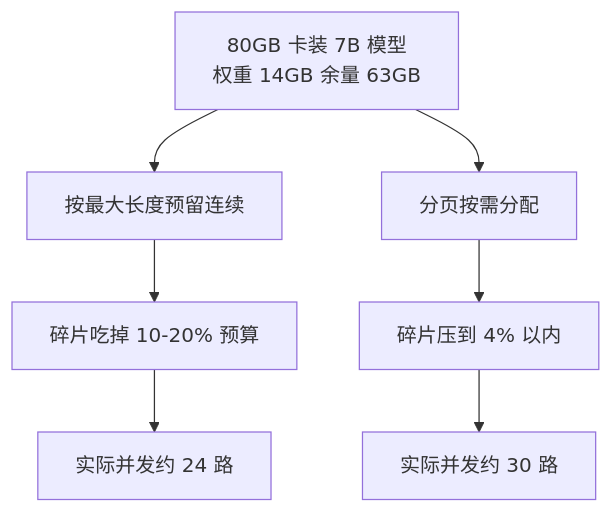
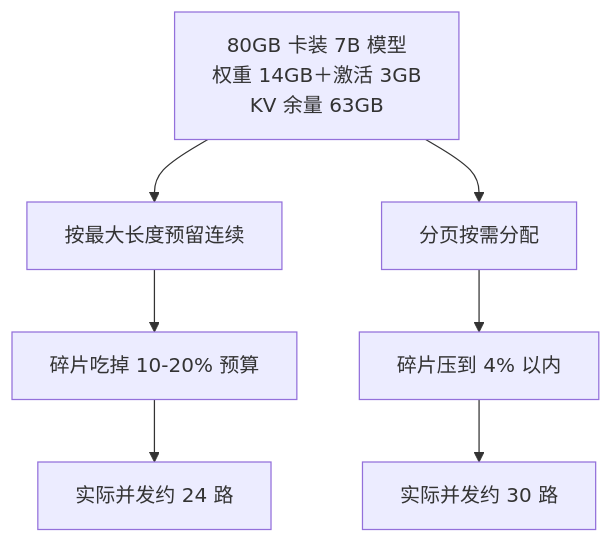
One commit to hub138/technical-knowledge changed the diagram in vault/工程知识/AI 系统工程：从模型能力到生产能力/推理服务与平台/GPU显存管理决定服务容量上限.md. Above: the diagram before and after it, drawn with Mermaid. The commit also changed other lines of this file and 622 other files, not shown here.

````diff
--- a/vault/工程知识/AI 系统工程：从模型能力到生产能力/推理服务与平台/GPU显存管理决定服务容量上限.md
+++ b/vault/工程知识/AI 系统工程：从模型能力到生产能力/推理服务与平台/GPU显存管理决定服务容量上限.md
@@ -43,9 +84,9 @@
 ```mermaid
 graph TD
-    M[80GB 卡装 7B 模型<br/>权重 14GB 余量 63GB] --> R[按最大长度预留连续]
+    M[80GB 卡装 7B 模型<br/>权重 14GB＋激活 3GB<br/>KV 余量 63GB] --> R[按最大长度预留连续]
     M --> P[分页按需分配]
     R --> R1[碎片吃掉 10-20% 预算]
     R1 --> R2[实际并发约 24 路]
     P --> P1[碎片压到 4% 以内]
     P1 --> P2[实际并发约 30 路]
 ```
````
